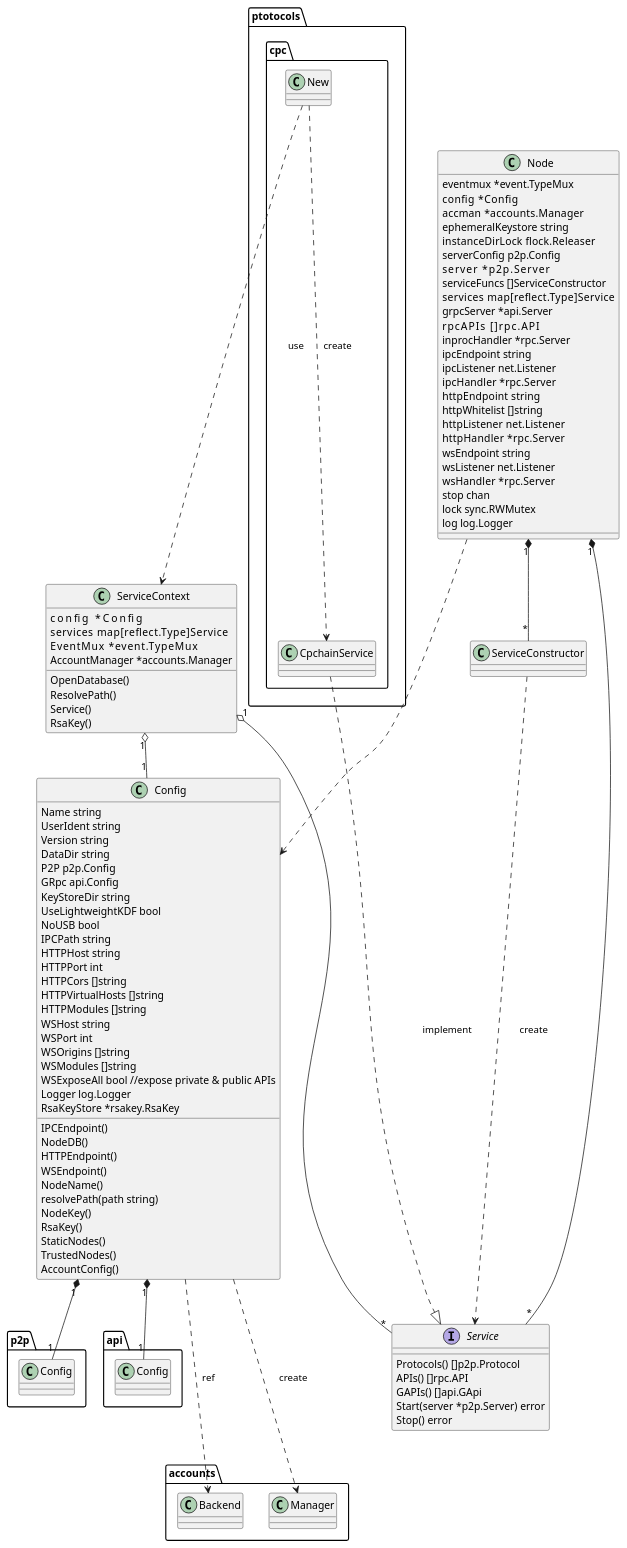
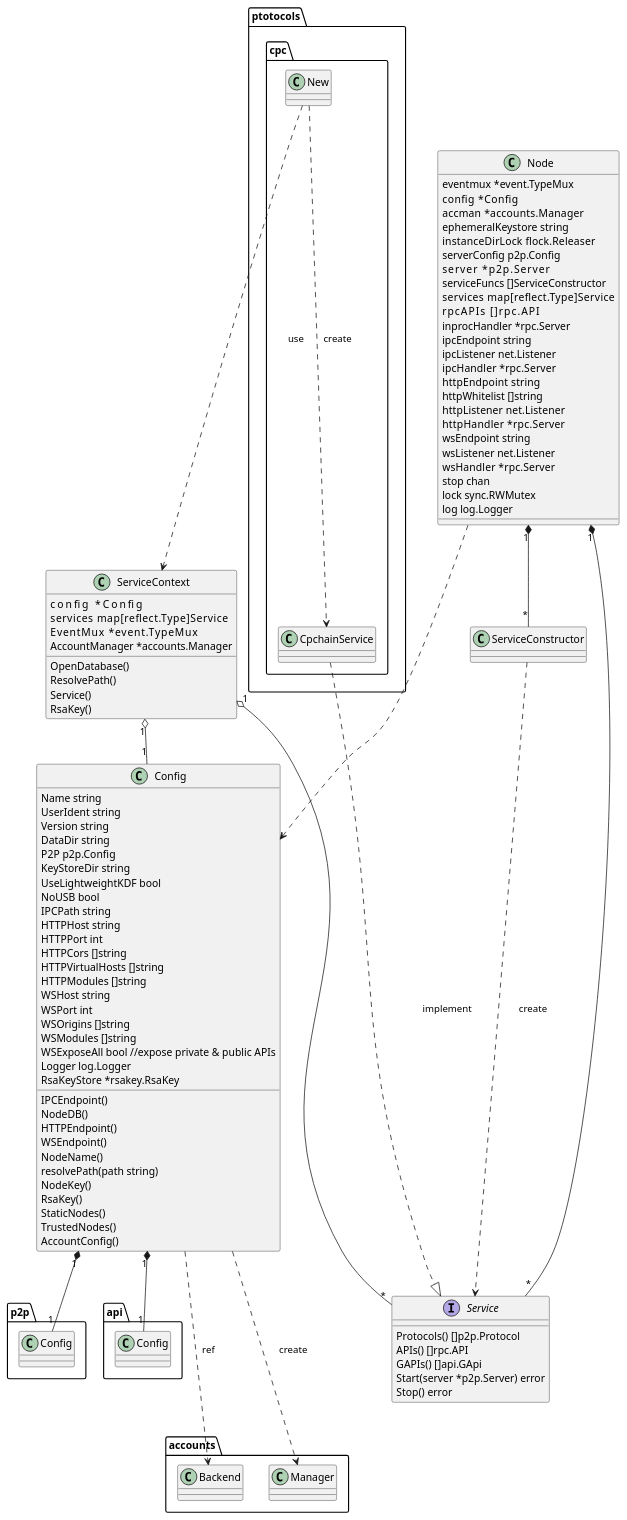
The diagram in docs/node/node_class.plantuml (CPChain/chain), drawn with PlantUML before and after one commit. The commit also changed 4 other files, not shown here.

```diff
--- a/docs/node/node_class.plantuml
+++ b/docs/node/node_class.plantuml
@@ -1,123 +1,121 @@
 @startuml
 
 class Node {
 	eventmux *event.TypeMux
 	config   *Config
 	accman   *accounts.Manager
 	ephemeralKeystore string
 	instanceDirLock   flock.Releaser
 	serverConfig p2p.Config
 	server       *p2p.Server
 	serviceFuncs []ServiceConstructor
 	services     map[reflect.Type]Service
-	grpcServer *api.Server
 	rpcAPIs       []rpc.API
 	inprocHandler *rpc.Server
 	ipcEndpoint string
 	ipcListener net.Listener
 	ipcHandler  *rpc.Server
 	httpEndpoint  string
 	httpWhitelist []string
 	httpListener  net.Listener
 	httpHandler   *rpc.Server
 	wsEndpoint string
 	wsListener net.Listener
 	wsHandler  *rpc.Server
 	stop chan
 	lock sync.RWMutex
 	log log.Logger
 }
 
 
 class Config {
 	Name string
 	UserIdent string
 	Version string
 	DataDir string
 	P2P p2p.Config
-	GRpc api.Config
 	KeyStoreDir string
 	UseLightweightKDF bool
 	NoUSB bool
 	IPCPath string
 	HTTPHost string
 	HTTPPort int
 	HTTPCors []string
 	HTTPVirtualHosts []string
 	HTTPModules []string
 	WSHost string
 	WSPort int
 	WSOrigins []string
 	WSModules []string
 	WSExposeAll bool //expose private & public APIs
 	Logger log.Logger
 	RsaKeyStore *rsakey.RsaKey
 
 	IPCEndpoint()
     NodeDB()
     HTTPEndpoint()
     WSEndpoint()
     NodeName()
     resolvePath(path string)
     NodeKey()
     RsaKey()
     StaticNodes()
     TrustedNodes()
     AccountConfig()
 }
 
 class p2p.Config {
 }
 
 Config "1" *-- "1" p2p.Config
 
 class api.Config {
 }
 
 Config "1" *-- "1" api.Config
 
 class accounts.Backend
 
 Config ...> accounts.Backend : ref
 Config ...> accounts.Manager : create
 
 Node ...> Config
 
 class ServiceContext {
 	config         *Config
 	services       map[reflect.Type]Service
 	EventMux       *event.TypeMux
 	AccountManager *accounts.Manager
 
 	OpenDatabase()
 	ResolvePath()
 	Service()
 	RsaKey()
 }
 
 ServiceContext "1" o-- "1" Config
 
 interface Service {
 	Protocols() []p2p.Protocol
 	APIs() []rpc.API
 	GAPIs() []api.GApi
 	Start(server *p2p.Server) error
 	Stop() error
 }
 
 package ptotocols.cpc {
   class CpchainService
   New ...> CpchainService : create
   CpchainService ...|> Service : implement
   New ...> ServiceContext : use
 }
 
 Node "1" *-- "*" Service
 ServiceContext "1" o-- "*" Service
 
 class ServiceConstructor
 
 Node "1" *-- "*" ServiceConstructor
 ServiceConstructor ...> Service : create
 
 @enduml
```
